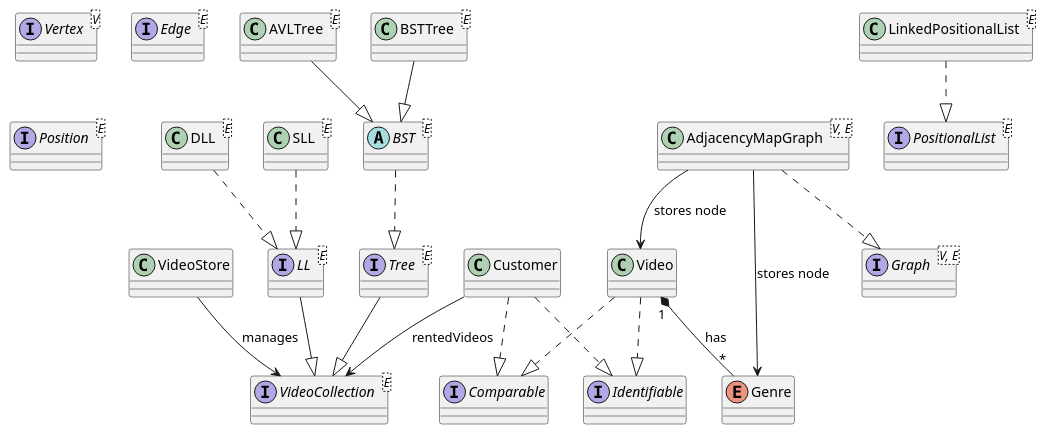
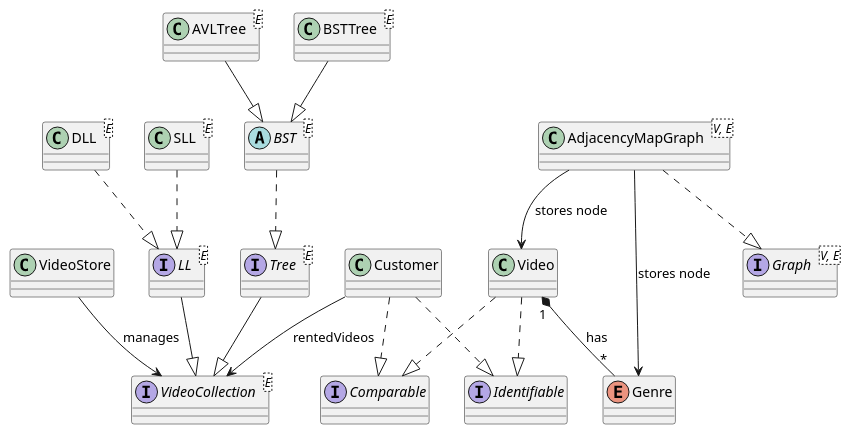
Before and after one commit to NMMonge/video-store-data-structures: the diagram in UML Diagram/Diagram.puml, drawn with PlantUML.

```diff
--- a/UML Diagram/Diagram.puml
+++ b/UML Diagram/Diagram.puml
@@ -1,64 +1,58 @@
 @startuml
 skinparam classAttributeIconSize 0
 
 ' Interfaces
 interface Comparable
 interface Identifiable
 interface VideoCollection<E>
 interface LL<E>
 interface Tree<E>
 interface Graph<V, E>
-interface Vertex<V>
-interface Edge<E>
-interface Position<E>
-interface PositionalList<E>
 
 ' Abstract Classes
 abstract class BST<E>
 
 ' Concrete Data Structures
 class SLL<E>
 class DLL<E>
 class AVLTree<E>
 class BSTTree<E>
-class LinkedPositionalList<E>
 class AdjacencyMapGraph<V, E>
 
 ' Domain entities & Enums
 class Video
 class Customer
 class VideoStore
 enum Genre
 
 ' VideoCollection hierarchy
 LL --|> VideoCollection
 Tree --|> VideoCollection
 
 ' Linked List implementations
 SLL ..|> LL
 DLL ..|> LL
 
 ' Tree implementations
 BST ..|> Tree
 AVLTree --|> BST
 BSTTree --|> BST
 
-' Graph & Positional List implementations
+' Graph implementations
 AdjacencyMapGraph ..|> Graph
-LinkedPositionalList ..|> PositionalList
 
 ' Entity interfaces & Relationships
 Video ..|> Comparable
 Video ..|> Identifiable
 Customer ..|> Comparable
 Customer ..|> Identifiable
 
 Video "1" *-- "*" Genre : has
 AdjacencyMapGraph --> Video : stores node
 AdjacencyMapGraph --> Genre : stores node
 
 ' Composition
 VideoStore --> VideoCollection : manages
 Customer --> VideoCollection : rentedVideos
 
 @enduml
```
